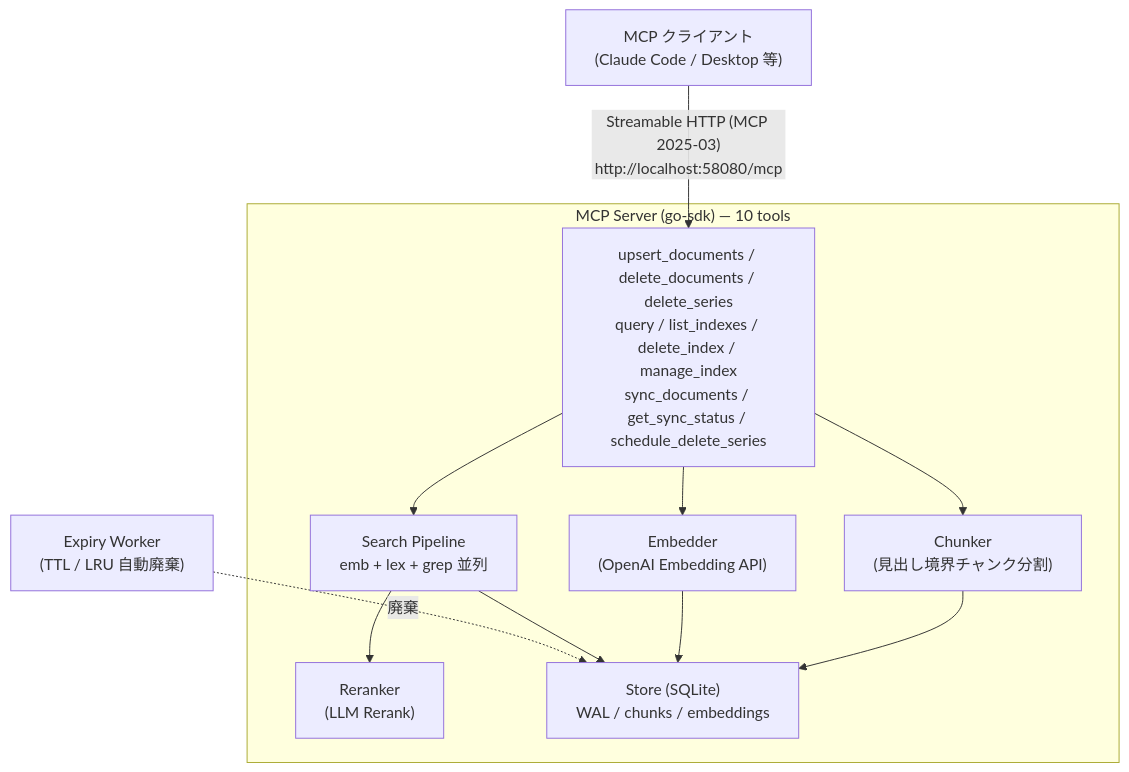
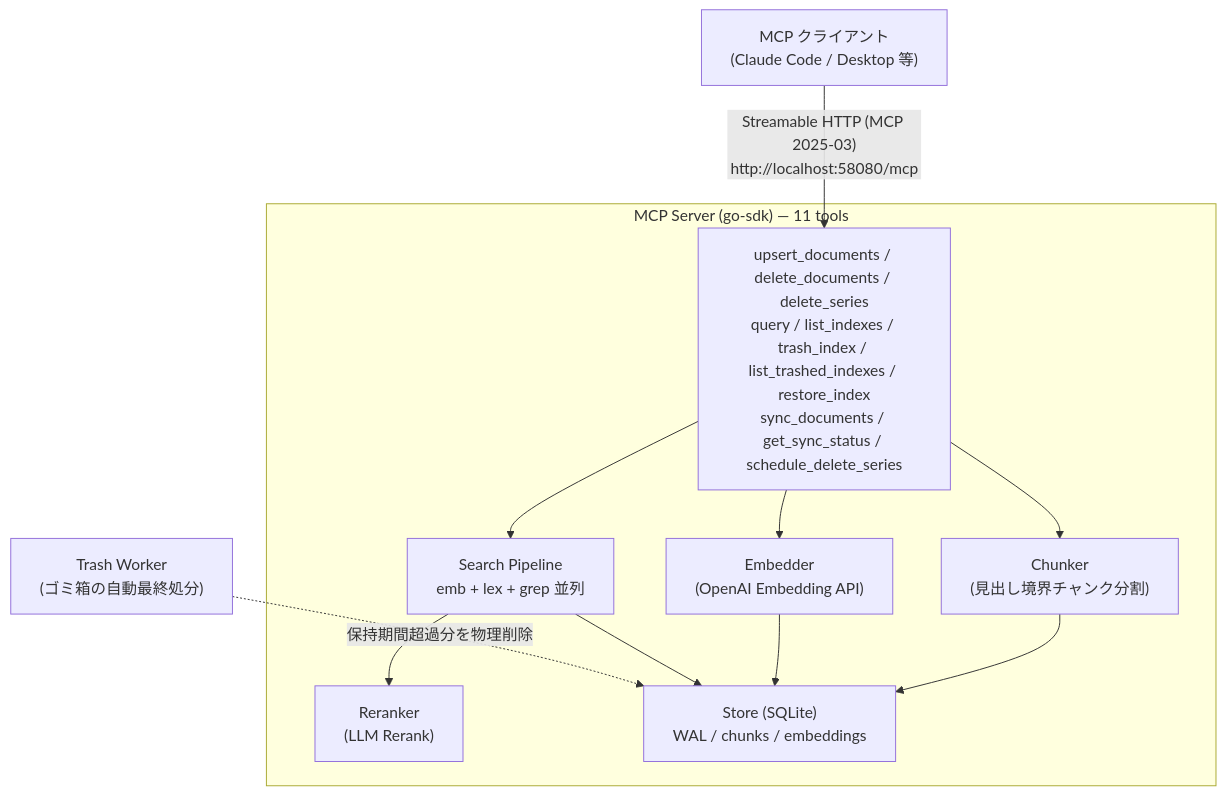
The first of 2 diagrams in README.md (BlueEventHorizon/doc-db-mcp-server), drawn with Mermaid before and after one commit. The commit also changed other lines of this file and 4 other files, not shown here.

````diff
--- a/README.md
+++ b/README.md
@@ -58,24 +58,24 @@
 ```mermaid
 flowchart TD
     Client["MCP クライアント<br/>(Claude Code / Desktop 等)"]
     Client -->|"Streamable HTTP (MCP 2025-03)<br/>http://localhost:58080/mcp"| Tools
 
-    subgraph "MCP Server (go-sdk) — 10 tools"
-        Tools["upsert_documents / delete_documents / delete_series<br/>query / list_indexes / delete_index / manage_index<br/>sync_documents / get_sync_status / schedule_delete_series"]
+    subgraph "MCP Server (go-sdk) — 11 tools"
+        Tools["upsert_documents / delete_documents / delete_series<br/>query / list_indexes / trash_index / list_trashed_indexes / restore_index<br/>sync_documents / get_sync_status / schedule_delete_series"]
         Chunker["Chunker<br/>(見出し境界チャンク分割)"]
         Embedder["Embedder<br/>(OpenAI Embedding API)"]
         SearchPipeline["Search Pipeline<br/>emb + lex + grep 並列"]
         Reranker["Reranker<br/>(LLM Rerank)"]
         Store["Store (SQLite)<br/>WAL / chunks / embeddings"]
 
         Tools --> Chunker
         Tools --> Embedder
         Tools --> SearchPipeline
         SearchPipeline --> Reranker
         Chunker --> Store
         Embedder --> Store
         SearchPipeline --> Store
     end
 
-    Expiry["Expiry Worker<br/>(TTL / LRU 自動廃棄)"] -.->|"廃棄"| Store
+    Trash["Trash Worker<br/>(ゴミ箱の自動最終処分)"] -.->|"保持期間超過分を物理削除"| Store
 ```
````
